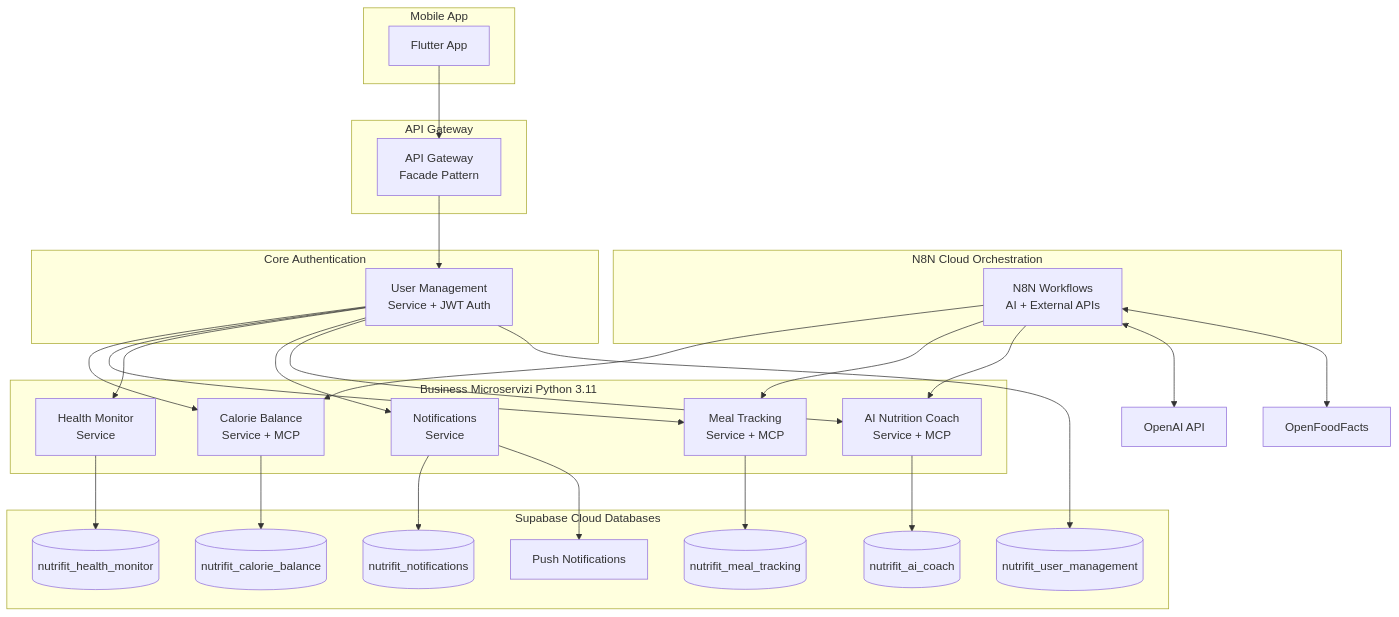
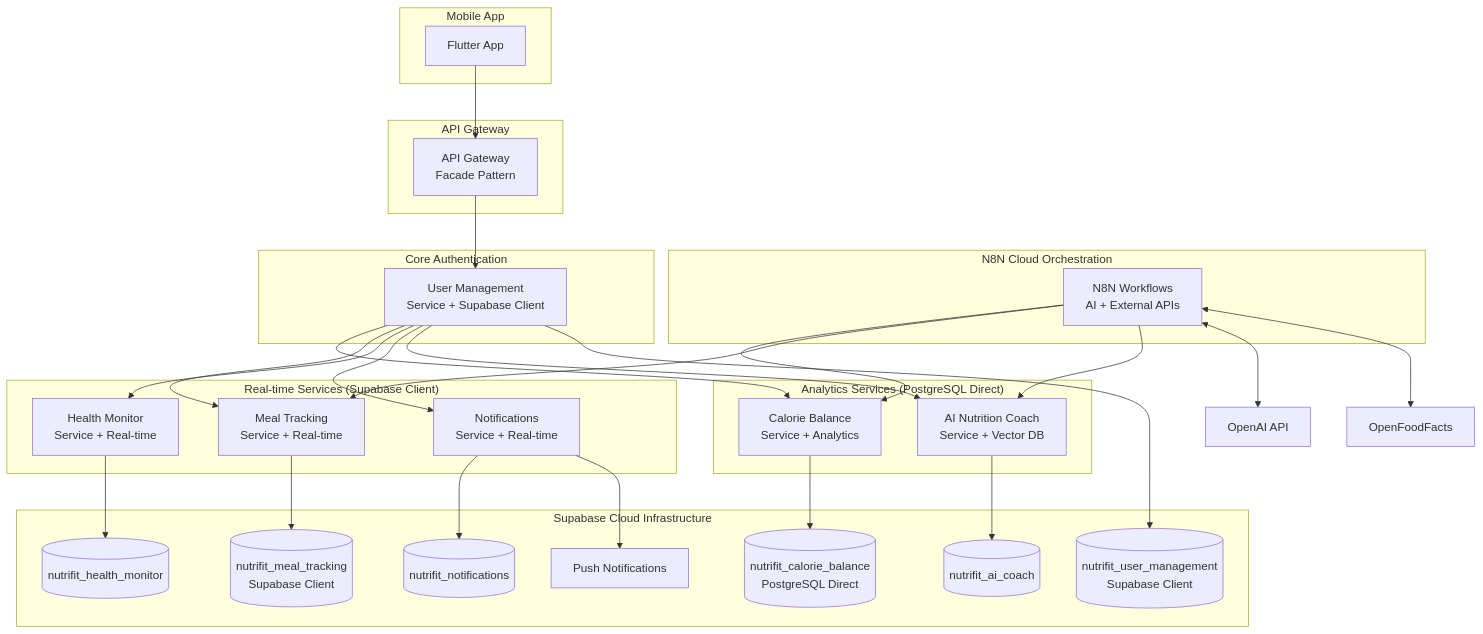
One commit to giamma80/gymbro-platform changed the diagram in docs/microservizi_python.md. Above: the diagram before and after it, drawn with Mermaid. The commit also changed other lines of this file and 4 other files, not shown here.

````diff
--- a/docs/microservizi_python.md
+++ b/docs/microservizi_python.md
@@ -21,58 +68,61 @@
 ```mermaid
 graph TB
     subgraph "Mobile App"
         FLUTTER[Flutter App]
     end
     
     subgraph "API Gateway"
         GATEWAY[API Gateway<br/>Facade Pattern]
     end
     
     subgraph "N8N Cloud Orchestration"
         N8N[N8N Workflows<br/>AI + External APIs]
     end
     
     subgraph "Core Authentication"
-        UM[User Management<br/>Service + JWT Auth]
+        UM[User Management<br/>Service + Supabase Client]
     end
     
-    subgraph "Business Microservizi Python 3.11"
-        CB[Calorie Balance<br/>Service + MCP]
-        MT[Meal Tracking<br/>Service + MCP]
-        HM[Health Monitor<br/>Service]
-        NS[Notifications<br/>Service]
-        AI[AI Nutrition Coach<br/>Service + MCP]
+    subgraph "Real-time Services (Supabase Client)"
+        MT[Meal Tracking<br/>Service + Real-time]
+        HM[Health Monitor<br/>Service + Real-time]
+        NS[Notifications<br/>Service + Real-time]
     end
     
-    subgraph "Supabase Cloud Databases"
-        DB0[(nutrifit_user_management)]
-        DB1[(nutrifit_calorie_balance)]
-        DB2[(nutrifit_meal_tracking)]
+    subgraph "Analytics Services (PostgreSQL Direct)"
+        CB[Calorie Balance<br/>Service + Analytics]
+        AI[AI Nutrition Coach<br/>Service + Vector DB]
+    end
+    
+    subgraph "Supabase Cloud Infrastructure"
+        DB0[(nutrifit_user_management<br/>Supabase Client)]
+        DB1[(nutrifit_calorie_balance<br/>PostgreSQL Direct)]
+        DB2[(nutrifit_meal_tracking<br/>Supabase Client)]
         DB3[(nutrifit_health_monitor)]
         DB4[(nutrifit_notifications)]
         DB5[(nutrifit_ai_coach)]
         PUSH[Push Notifications]
     end
     
     FLUTTER --> GATEWAY
     GATEWAY --> UM
     UM --> CB
     UM --> MT
     UM --> HM
     UM --> NS
     UM --> AI
     
     N8N --> CB
     N8N --> MT
     N8N --> AI
     N8N <--> OPENAI[OpenAI API]
     N8N <--> OFF[OpenFoodFacts]
     
     UM --> DB0
     CB --> DB1
     MT --> DB2
     HM --> DB3
     NS --> DB4
     AI --> DB5
     NS --> PUSH
 ```
````
